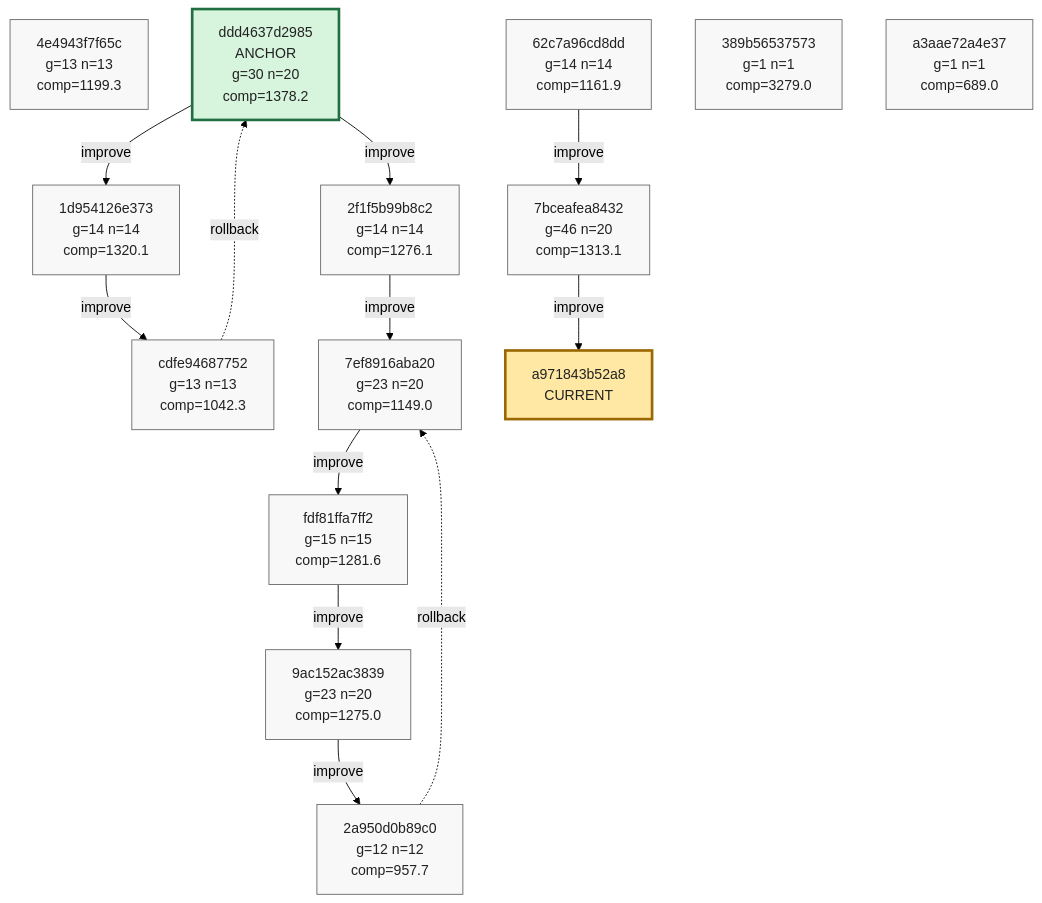
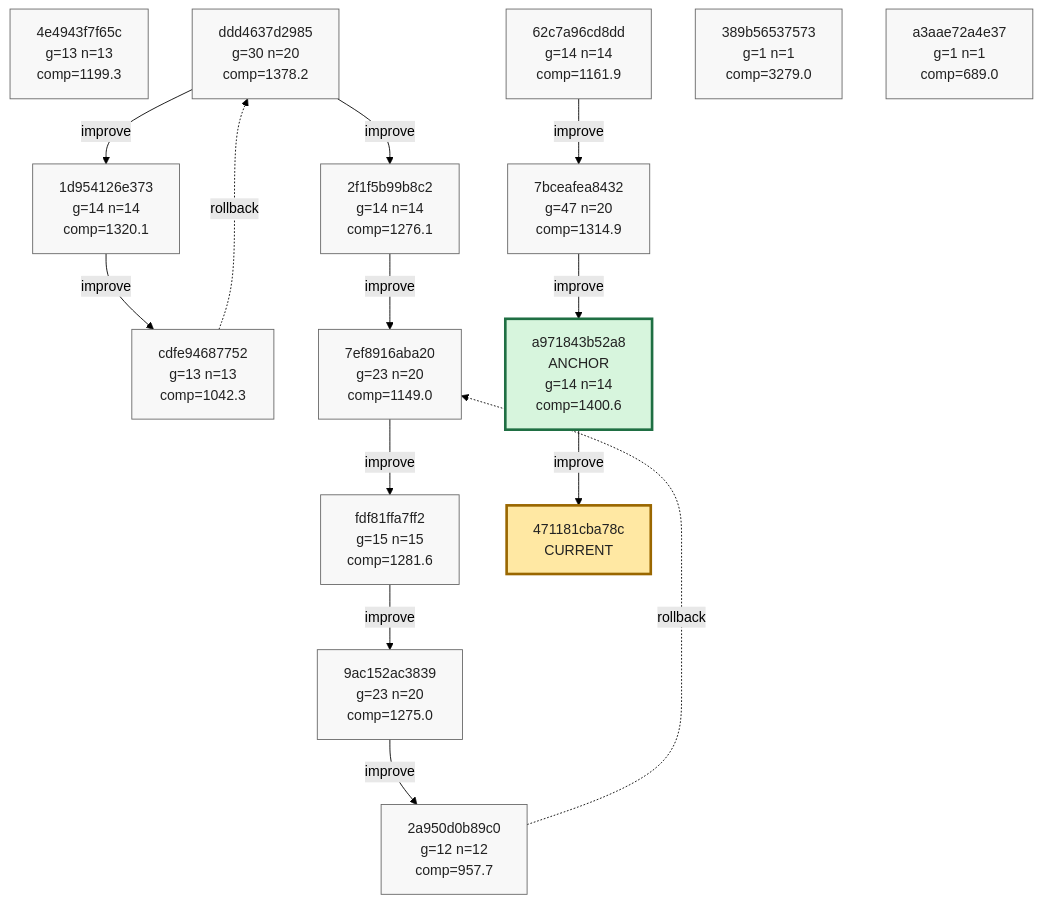
Before and after one commit to azumag/soviet_now: the ninth of 9 diagrams in phyrogenetic-tree.md, drawn with Mermaid (forest theme). The commit also changed other lines of this file and 2 other files, not shown here.

Commit message:
eloop Improve after 12 games (scores: 2184 2010 1895 2403 323 1458 1203 1482 1556 1849 969 1058)

````diff
--- a/phyrogenetic-tree.md
+++ b/phyrogenetic-tree.md
@@ -2234,49 +2235,52 @@
 ```mermaid
 flowchart TD
     h_4e4943f7f65c["4e4943f7f65c<br/>g=13 n=13<br/>comp=1199.3"]
-    h_ddd4637d2985["ddd4637d2985<br/>ANCHOR<br/>g=30 n=20<br/>comp=1378.2"]
+    h_ddd4637d2985["ddd4637d2985<br/>g=30 n=20<br/>comp=1378.2"]
     h_1d954126e373["1d954126e373<br/>g=14 n=14<br/>comp=1320.1"]
     h_cdfe94687752["cdfe94687752<br/>g=13 n=13<br/>comp=1042.3"]
     h_2f1f5b99b8c2["2f1f5b99b8c2<br/>g=14 n=14<br/>comp=1276.1"]
     h_7ef8916aba20["7ef8916aba20<br/>g=23 n=20<br/>comp=1149.0"]
     h_fdf81ffa7ff2["fdf81ffa7ff2<br/>g=15 n=15<br/>comp=1281.6"]
     h_9ac152ac3839["9ac152ac3839<br/>g=23 n=20<br/>comp=1275.0"]
     h_2a950d0b89c0["2a950d0b89c0<br/>g=12 n=12<br/>comp=957.7"]
     h_62c7a96cd8dd["62c7a96cd8dd<br/>g=14 n=14<br/>comp=1161.9"]
-    h_7bceafea8432["7bceafea8432<br/>g=46 n=20<br/>comp=1313.1"]
+    h_7bceafea8432["7bceafea8432<br/>g=47 n=20<br/>comp=1314.9"]
+    h_a971843b52a8["a971843b52a8<br/>ANCHOR<br/>g=14 n=14<br/>comp=1400.6"]
     h_389b56537573["389b56537573<br/>g=1 n=1<br/>comp=3279.0"]
     h_a3aae72a4e37["a3aae72a4e37<br/>g=1 n=1<br/>comp=689.0"]
-    h_a971843b52a8["a971843b52a8<br/>CURRENT"]
+    h_471181cba78c["471181cba78c<br/>CURRENT"]
 
     h_ddd4637d2985 -->|improve| h_1d954126e373
     h_1d954126e373 -->|improve| h_cdfe94687752
     h_cdfe94687752 -. rollback .-> h_ddd4637d2985
     h_ddd4637d2985 -->|improve| h_2f1f5b99b8c2
     h_2f1f5b99b8c2 -->|improve| h_7ef8916aba20
     h_7ef8916aba20 -->|improve| h_fdf81ffa7ff2
     h_fdf81ffa7ff2 -->|improve| h_9ac152ac3839
     h_9ac152ac3839 -->|improve| h_2a950d0b89c0
     h_2a950d0b89c0 -. rollback .-> h_7ef8916aba20
     h_62c7a96cd8dd -->|improve| h_7bceafea8432
     h_7bceafea8432 -->|improve| h_a971843b52a8
+    h_a971843b52a8 -->|improve| h_471181cba78c
 
     classDef plain fill:#f8f8f8,stroke:#666,stroke-width:1px,color:#222;
     classDef current fill:#ffe8a3,stroke:#9a6700,stroke-width:3px,color:#222;
     classDef anchor fill:#d7f5dd,stroke:#1f6f43,stroke-width:3px,color:#222;
     classDef current_anchor fill:#f3e4a8,stroke:#1f6f43,stroke-width:4px,color:#222;
 
     class h_4e4943f7f65c plain;
-    class h_ddd4637d2985 anchor;
+    class h_ddd4637d2985 plain;
     class h_1d954126e373 plain;
     class h_cdfe94687752 plain;
     class h_2f1f5b99b8c2 plain;
     class h_7ef8916aba20 plain;
     class h_fdf81ffa7ff2 plain;
     class h_9ac152ac3839 plain;
     class h_2a950d0b89c0 plain;
     class h_62c7a96cd8dd plain;
     class h_7bceafea8432 plain;
+    class h_a971843b52a8 anchor;
     class h_389b56537573 plain;
     class h_a3aae72a4e37 plain;
-    class h_a971843b52a8 current;
+    class h_471181cba78c current;
 ```
````
